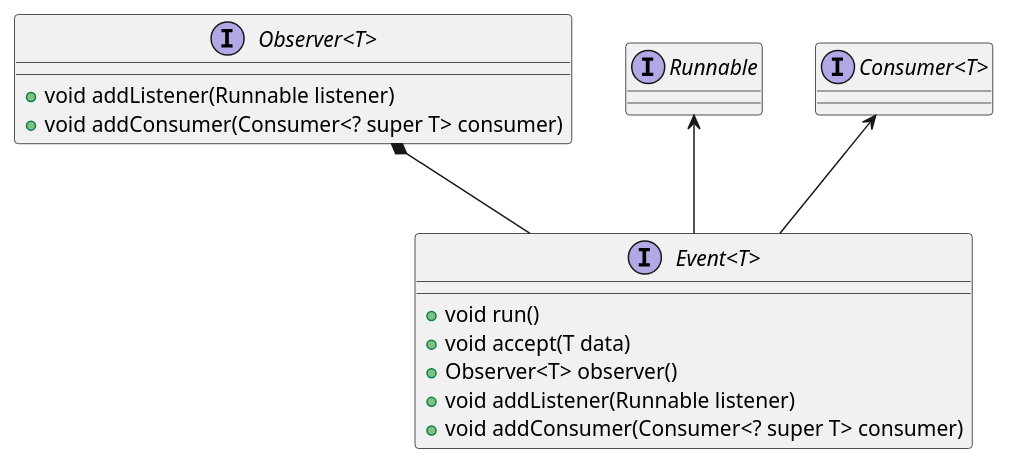
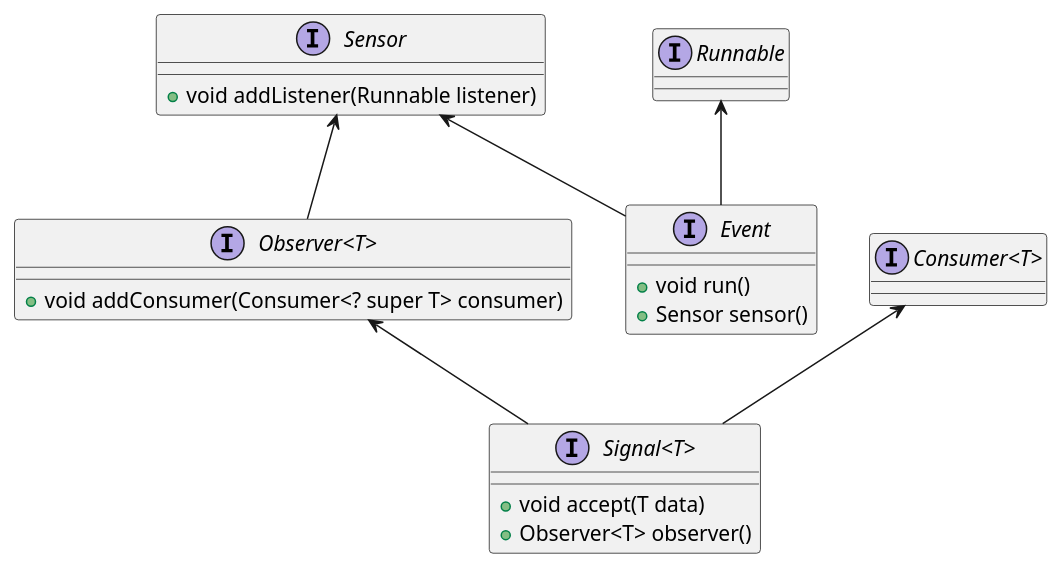
One commit to codion-is/codion changed the first of 3 diagrams in documentation/src/docs/asciidoc/manual/common-reactive.adoc. Above: the diagram before and after it, drawn with PlantUML. The commit also changed other lines of this file and 130 other files, not shown here.

```diff
--- a/documentation/src/docs/asciidoc/manual/common-reactive.adoc
+++ b/documentation/src/docs/asciidoc/manual/common-reactive.adoc
@@ -15,25 +15,32 @@
 [plantuml,event-diagram,svg,align=center]
 -------------------------------------------
 skinparam genericDisplay old
 
-interface Event<T> {
-    +void run()
-    +void accept(T data)
-    +Observer<T> observer()
+interface Sensor {
     +void addListener(Runnable listener)
+}
+
+interface Observer<T> {
     +void addConsumer(Consumer<? super T> consumer)
 }
 
-interface Observer<T> {
-    +void addListener(Runnable listener)
-    +void addConsumer(Consumer<? super T> consumer)
+interface Event {
+    +void run()
+    +Sensor sensor()
+}
+
+interface Signal<T> {
+    +void accept(T data)
+    +Observer<T> observer()
 }
 
 interface Runnable {}
 
 interface Consumer<T> {}
 
+Sensor <-- Observer
+Sensor <-- Event
 Runnable <-- Event
-Consumer <-- Event
-Observer *-- Event
+Observer <-- Signal
+Consumer <-- Signal
 -------------------------------------------
```
